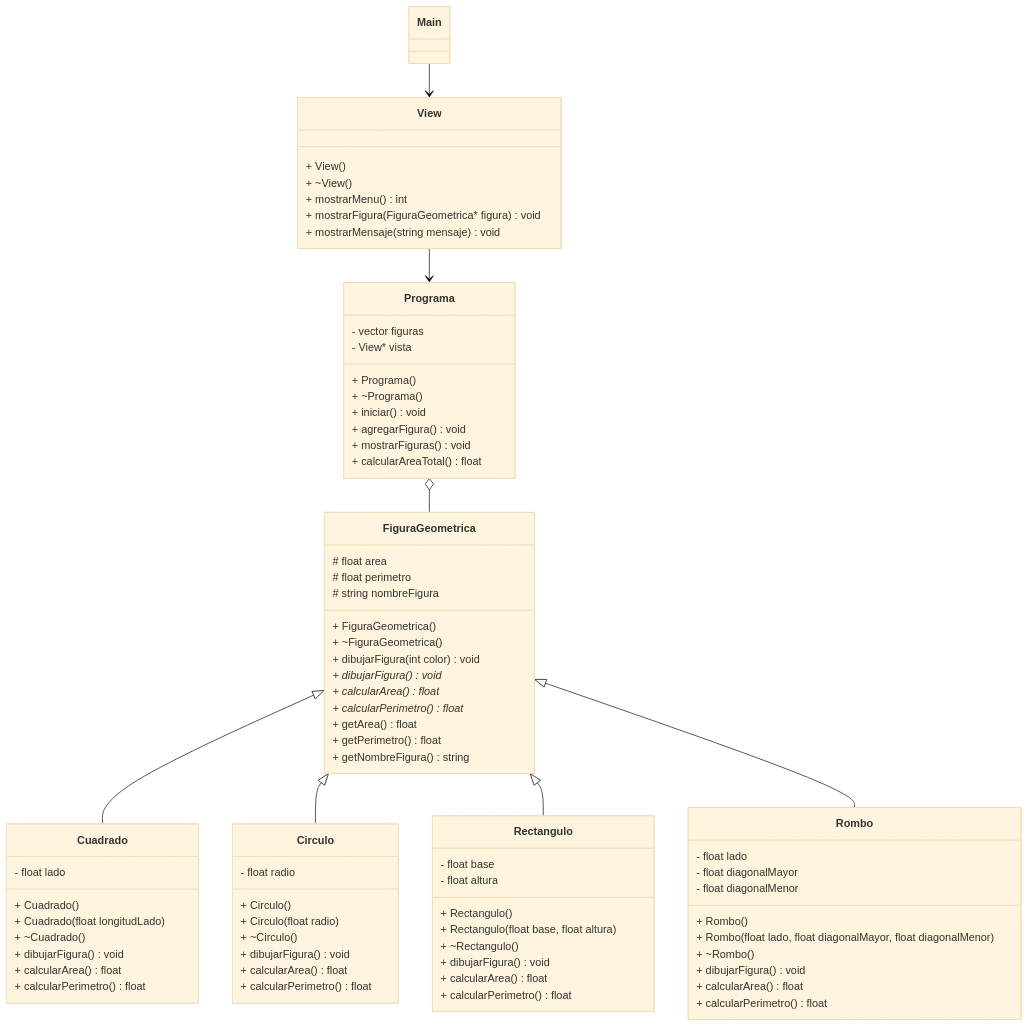
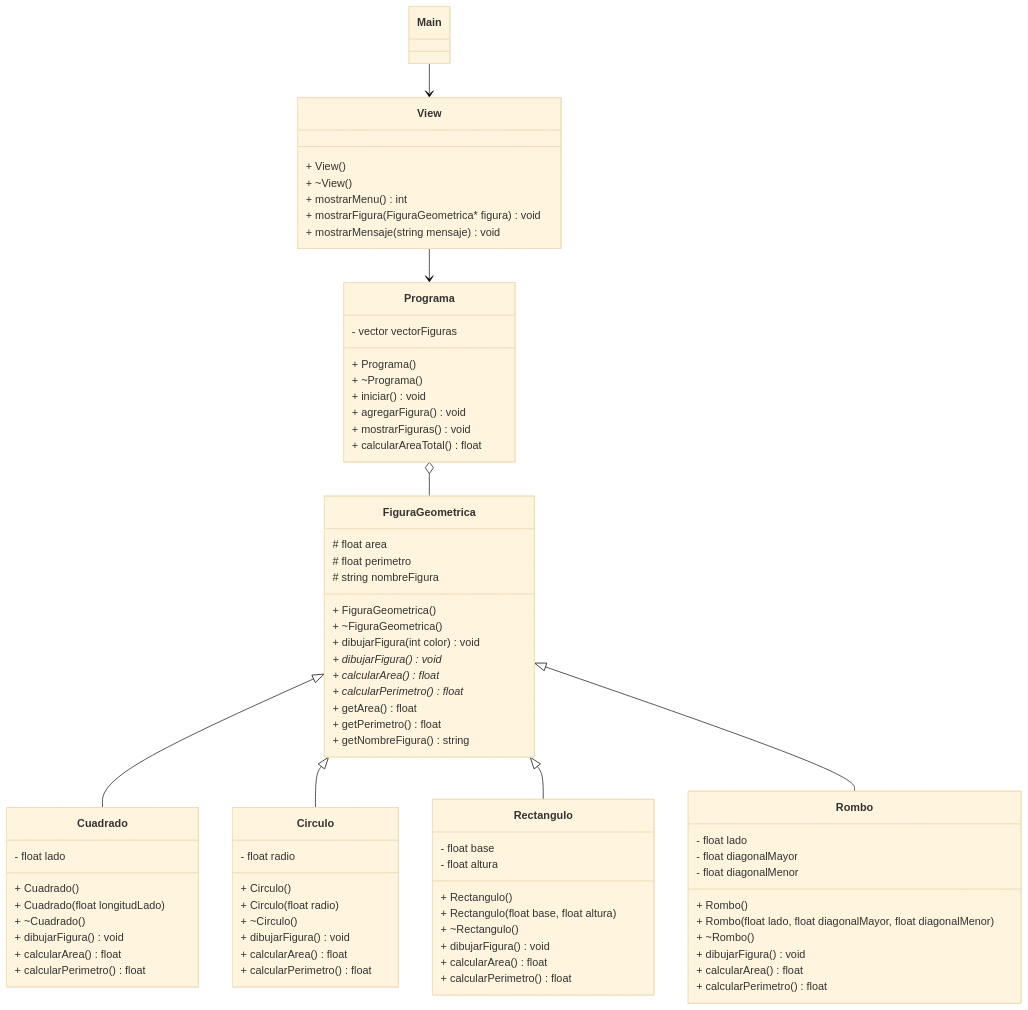
The diagram in README.md (300CIS017-Object-Oriented-Programming/solucionHerenciaFigurasGeometricas), drawn with Mermaid (base theme) before and after one commit.

Commit message:
MOD Mermaid diagram

```diff
--- a/README.md
+++ b/README.md
@@ -85,8 +85,7 @@
     }
     
       class Programa {
-        - vector<FiguraGeometrica*> figuras
-        - View* vista
+        - vector<FiguraGeometrica*> vectorFiguras
         + Programa()
         + ~Programa()
         + iniciar() void
```
